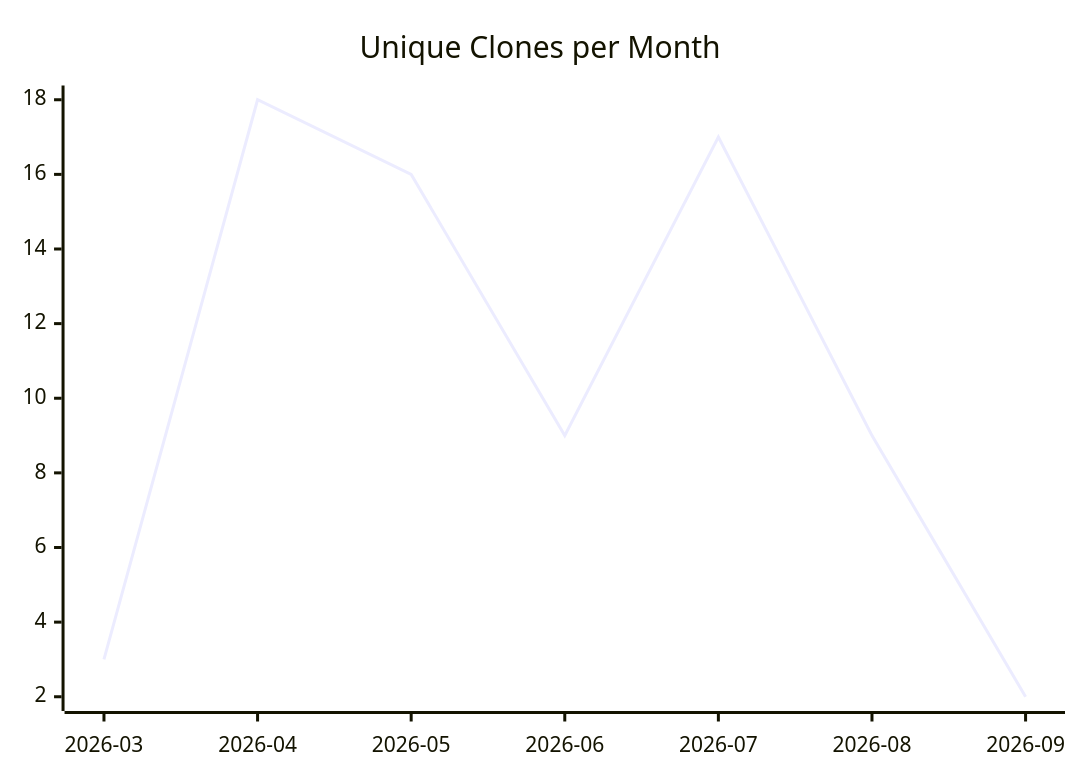
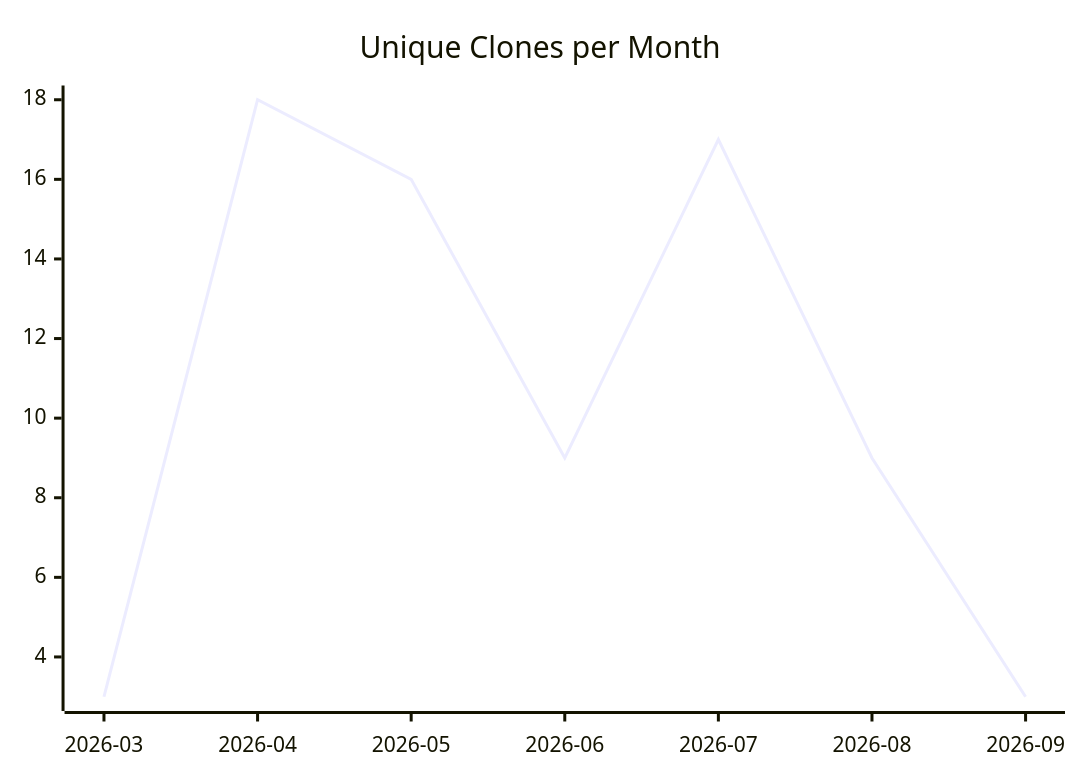
The third of 3 diagrams in karlmdavis/jessentials/README.md (justdavis-family/github-analytics-data), drawn with Mermaid before and after one commit. The commit also changed other lines of this file and 187 other files, not shown here.

````diff
--- a/karlmdavis/jessentials/README.md
+++ b/karlmdavis/jessentials/README.md
@@ -19,6 +19,6 @@
 ```mermaid
 xychart-beta
   title "Unique Clones per Month"
   x-axis ["2026-03", "2026-04", "2026-05", "2026-06", "2026-07", "2026-08", "2026-09"]
-  line [3, 18, 16, 9, 17, 9, 2]
+  line [3, 18, 16, 9, 17, 9, 3]
 ```
````
